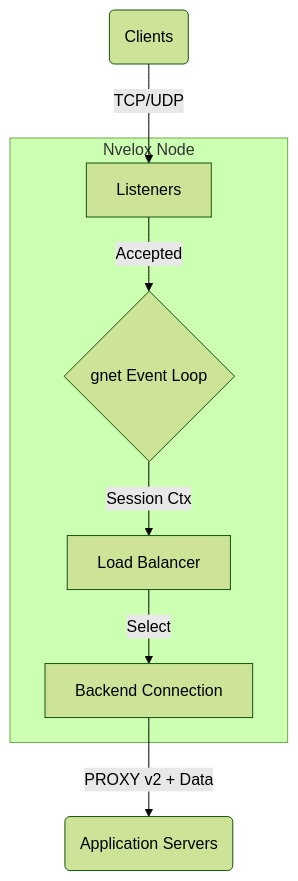
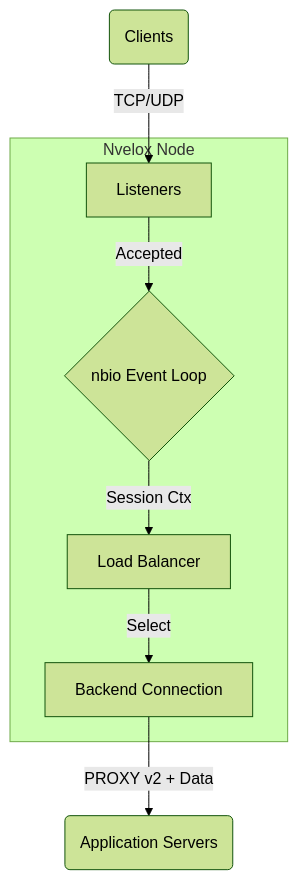
The diagram in README.md (nvelox/nvelox), drawn with Mermaid (forest theme) before and after one commit. The commit also changed other lines of this file, not shown here.

Commit message:
Docs: Update README to reflect migration from gnet to nbio

````diff
--- a/README.md
+++ b/README.md
@@ -33,10 +33,10 @@
 ```mermaid
 graph TD
     Client(Clients) -->|TCP/UDP| Listeners
     subgraph Nvelox Node
-        Listeners -->|Accepted| EventLoop{gnet Event Loop}
+        Listeners -->|Accepted| EventLoop{nbio Event Loop}
         EventLoop -->|Session Ctx| LB[Load Balancer]
         LB -->|Select| BackendConn[Backend Connection]
     end
     BackendConn -->|PROXY v2 + Data| AppServers(Application Servers)
 ```
````
